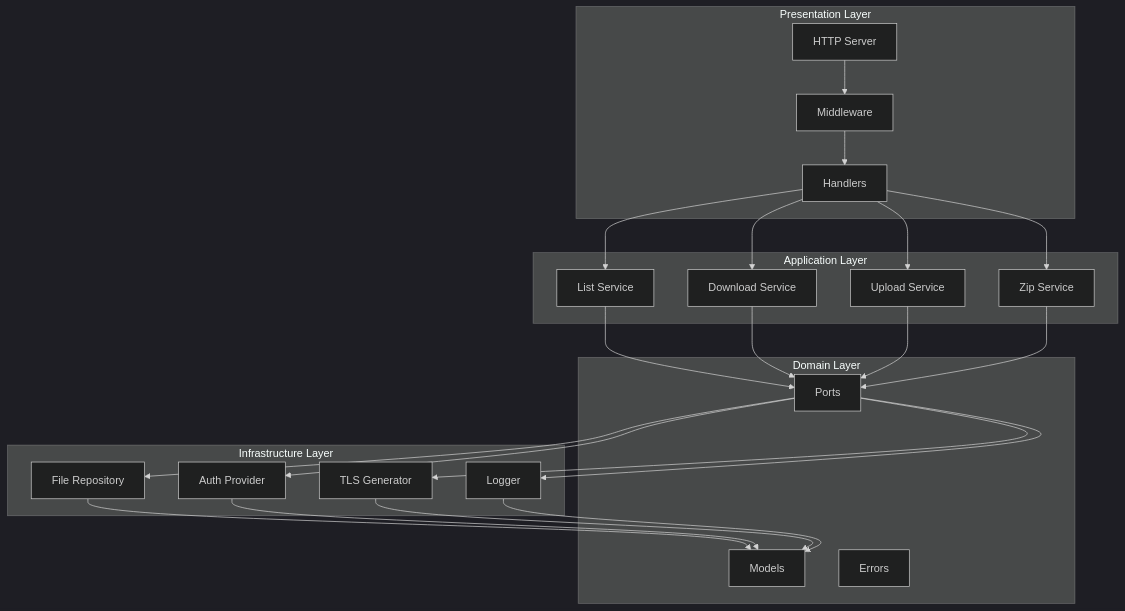
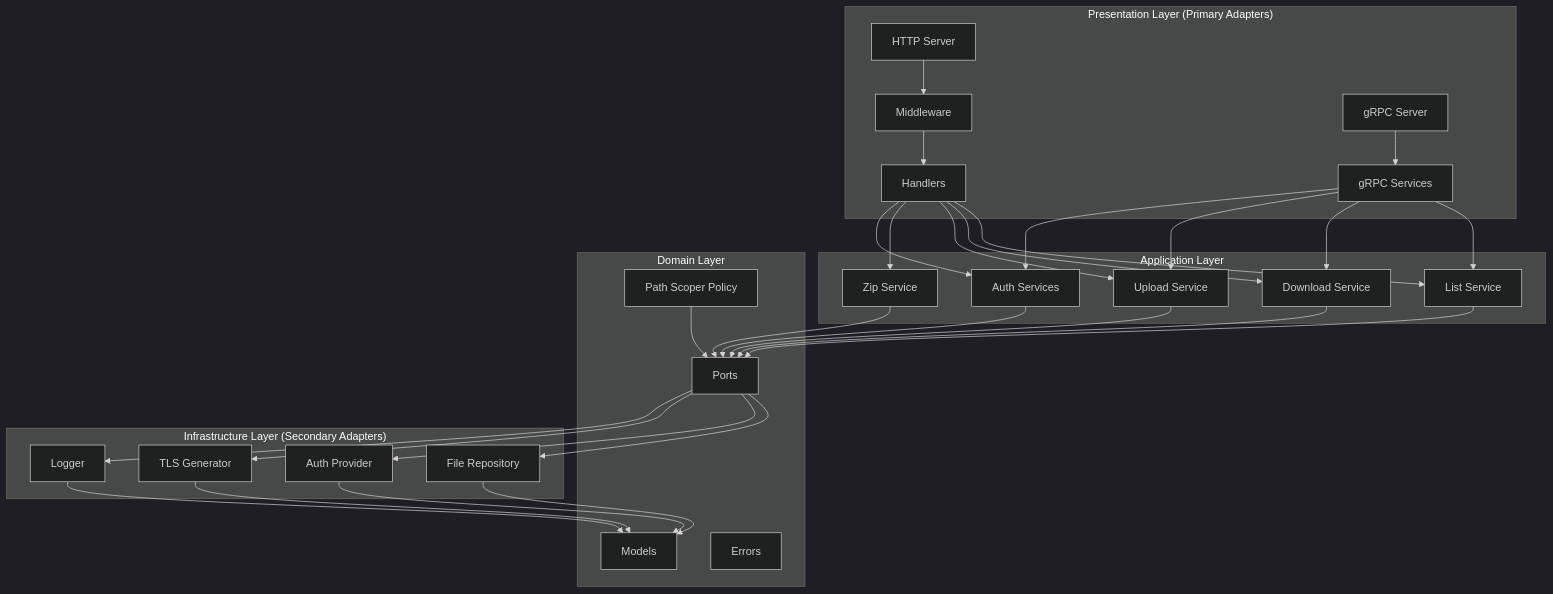
The first of 4 diagrams in readme.md (EslamYasser-Dev/simple-file-share), drawn with Mermaid (dark theme) before and after one commit. The commit also changed other lines of this file and 22 other files, not shown here.

First line of the commit message:
feat(grpc): add gRPC primary adapter for mobile clients

````diff
--- a/readme.md
+++ b/readme.md
@@ -198,50 +217,62 @@
 ```mermaid
 graph TB
-    subgraph "Presentation Layer"
+    subgraph "Presentation Layer (Primary Adapters)"
         HTTP[HTTP Server]
         MW[Middleware]
         HANDLERS[Handlers]
+        GRPC[gRPC Server]
+        GRPCSVC[gRPC Services]
     end
     
     subgraph "Application Layer"
         LIST[List Service]
         DOWNLOAD[Download Service]
         UPLOAD[Upload Service]
         ZIP[Zip Service]
+        AUTH_SVC[Auth Services]
     end
     
     subgraph "Domain Layer"
         MODELS[Models]
         PORTS[Ports]
+        POLICY[Path Scoper Policy]
         ERRORS[Errors]
     end
     
-    subgraph "Infrastructure Layer"
+    subgraph "Infrastructure Layer (Secondary Adapters)"
         REPO[File Repository]
         AUTH[Auth Provider]
         TLS[TLS Generator]
         LOG[Logger]
     end
     
     HTTP --> MW
     MW --> HANDLERS
+    GRPC --> GRPCSVC
     HANDLERS --> LIST
     HANDLERS --> DOWNLOAD
     HANDLERS --> UPLOAD
     HANDLERS --> ZIP
+    HANDLERS --> AUTH_SVC
+    GRPCSVC --> LIST
+    GRPCSVC --> DOWNLOAD
+    GRPCSVC --> UPLOAD
+    GRPCSVC --> AUTH_SVC
     
     LIST --> PORTS
     DOWNLOAD --> PORTS
     UPLOAD --> PORTS
     ZIP --> PORTS
+    AUTH_SVC --> PORTS
     
     PORTS --> REPO
     PORTS --> AUTH
     PORTS --> TLS
     PORTS --> LOG
+    POLICY --> PORTS
     
     REPO --> MODELS
     AUTH --> MODELS
     TLS --> MODELS
     LOG --> MODELS
 ```
````
